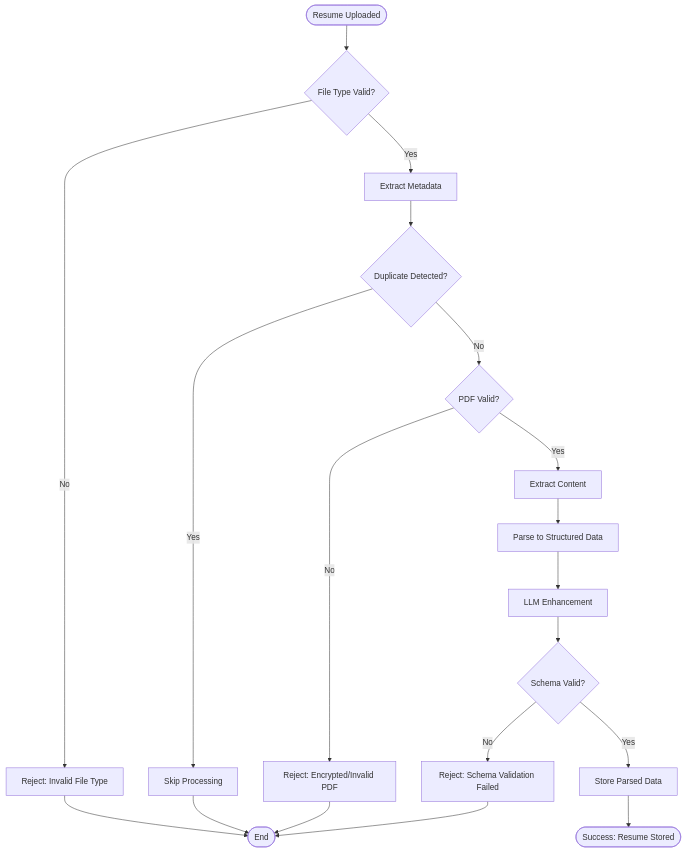
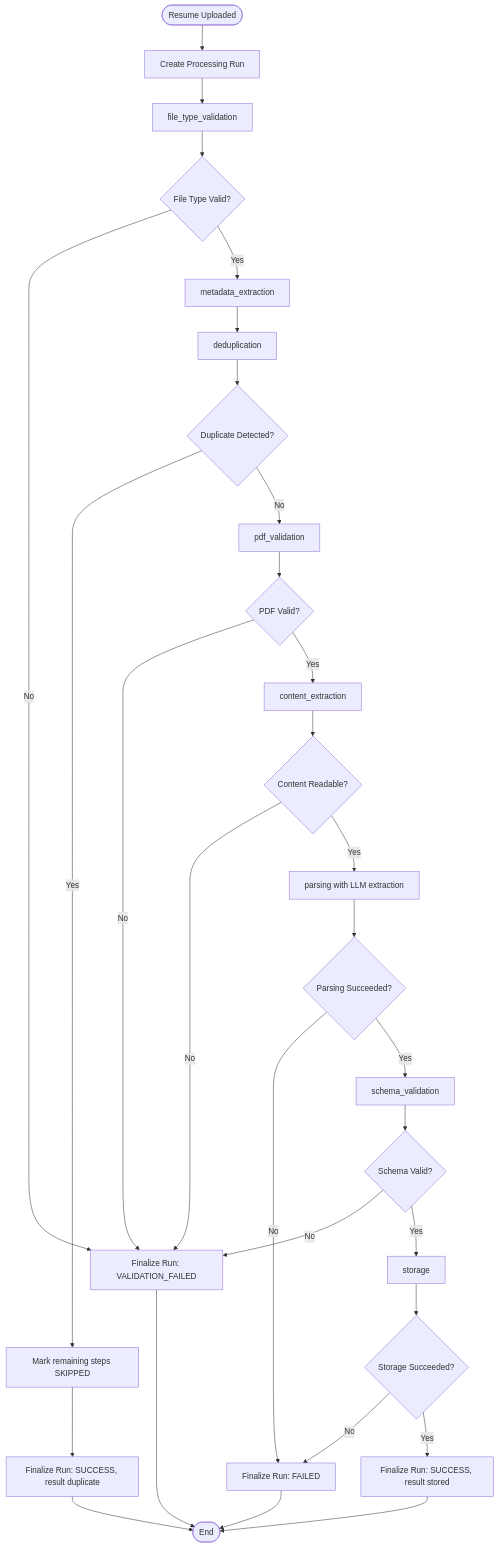
One commit to DelgadoArlee/cv-brewer changed the diagram in docs/system/resume-processing/processes/resume-processing.md. Above: the diagram before and after it, drawn with Mermaid. The commit also changed other lines of this file and 137 other files, not shown here.

Commit message:
feat: add resume processing logs

`````diff
--- a/docs/system/resume-processing/processes/resume-processing.md
+++ b/docs/system/resume-processing/processes/resume-processing.md
@@ -9,21 +9,32 @@
-```` mermaid
+````mermaid
 flowchart TD
-    Start([Resume Uploaded]) --> ValidateFileType{File Type Valid?}
-    ValidateFileType -->|No| RejectInvalid[Reject: Invalid File Type]
-    ValidateFileType -->|Yes| ExtractMetadata[Extract Metadata]
-    ExtractMetadata --> CheckDuplicates{Duplicate Detected?}
-    CheckDuplicates -->|Yes| SkipProcessing[Skip Processing]
-    CheckDuplicates -->|No| ValidatePDF{PDF Valid?}
-    ValidatePDF -->|No| RejectEncrypted[Reject: Encrypted/Invalid PDF]
-    ValidatePDF -->|Yes| ExtractContent[Extract Content]
-    ExtractContent --> ParseData[Parse to Structured Data]
-    ParseData --> LLMEnhance[LLM Enhancement]
-    LLMEnhance --> ValidateSchema{Schema Valid?}
-    ValidateSchema -->|No| RejectSchema[Reject: Schema Validation Failed]
-    ValidateSchema -->|Yes| StoreData[Store Parsed Data]
-    StoreData --> Success([Success: Resume Stored])
-    RejectInvalid --> End([End])
-    SkipProcessing --> End
-    RejectEncrypted --> End
-    RejectSchema --> End
+    Start([Resume Uploaded]) --> InitRun[Create Processing Run]
+    InitRun --> FileType[file_type_validation]
+    FileType --> FileTypeOk{File Type Valid?}
+    FileTypeOk -->|No| ValidationFail[Finalize Run: VALIDATION_FAILED]
+    FileTypeOk -->|Yes| Metadata[metadata_extraction]
+    Metadata --> Dedup[deduplication]
+    Dedup --> Duplicate{Duplicate Detected?}
+    Duplicate -->|Yes| SkipRest[Mark remaining steps SKIPPED]
+    SkipRest --> DuplicateDone[Finalize Run: SUCCESS, result duplicate]
+    Duplicate -->|No| PdfValidation[pdf_validation]
+    PdfValidation --> PdfOk{PDF Valid?}
+    PdfOk -->|No| ValidationFail
+    PdfOk -->|Yes| Content[content_extraction]
+    Content --> ContentOk{Content Readable?}
+    ContentOk -->|No| ValidationFail
+    ContentOk -->|Yes| Parsing[parsing with LLM extraction]
+    Parsing --> ParsingOk{Parsing Succeeded?}
+    ParsingOk -->|No| Failed[Finalize Run: FAILED]
+    ParsingOk -->|Yes| Schema[schema_validation]
+    Schema --> SchemaOk{Schema Valid?}
+    SchemaOk -->|No| ValidationFail
+    SchemaOk -->|Yes| Storage[storage]
+    Storage --> StorageOk{Storage Succeeded?}
+    StorageOk -->|No| Failed
+    StorageOk -->|Yes| Stored[Finalize Run: SUCCESS, result stored]
+    ValidationFail --> End([End])
+    Failed --> End
+    DuplicateDone --> End
+    Stored --> End
 ````
`````
